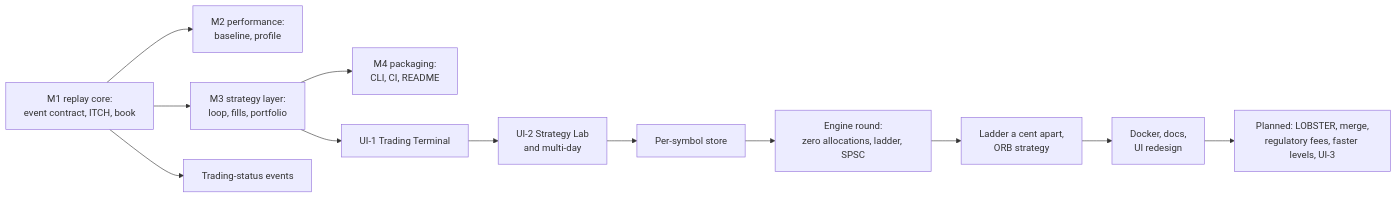
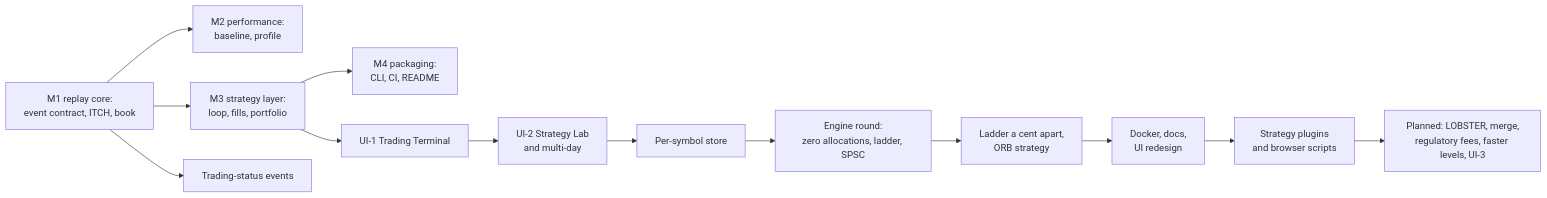
One commit to JaskaranSingh-01/Chronos changed the diagram in docs/architecture/overview.md. Above: the diagram before and after it, drawn with Mermaid. The commit also changed other lines of this file and 39 other files, not shown here.

````diff
--- a/docs/architecture/overview.md
+++ b/docs/architecture/overview.md
@@ -117,14 +118,15 @@
 ```mermaid
 flowchart LR
     M1[M1 replay core:<br/>event contract, ITCH, book] --> M2[M2 performance:<br/>baseline, profile]
     M1 --> M3[M3 strategy layer:<br/>loop, fills, portfolio]
     M3 --> M4[M4 packaging:<br/>CLI, CI, README]
     M3 --> UI1[UI-1 Trading Terminal]
     UI1 --> UI2[UI-2 Strategy Lab<br/>and multi-day]
     UI2 --> ST[Per-symbol store]
     M1 --> H[Trading-status events]
     ST --> ER[Engine round:<br/>zero allocations, ladder, SPSC]
     ER --> ORB[Ladder a cent apart,<br/>ORB strategy]
     ORB --> DK[Docker, docs,<br/>UI redesign]
-    DK --> NEXT[Planned: LOBSTER, merge,<br/>regulatory fees, faster levels, UI-3]
+    DK --> SP[Strategy plugins<br/>and browser scripts]
+    SP --> NEXT[Planned: LOBSTER, merge,<br/>regulatory fees, faster levels, UI-3]
 ```
````
